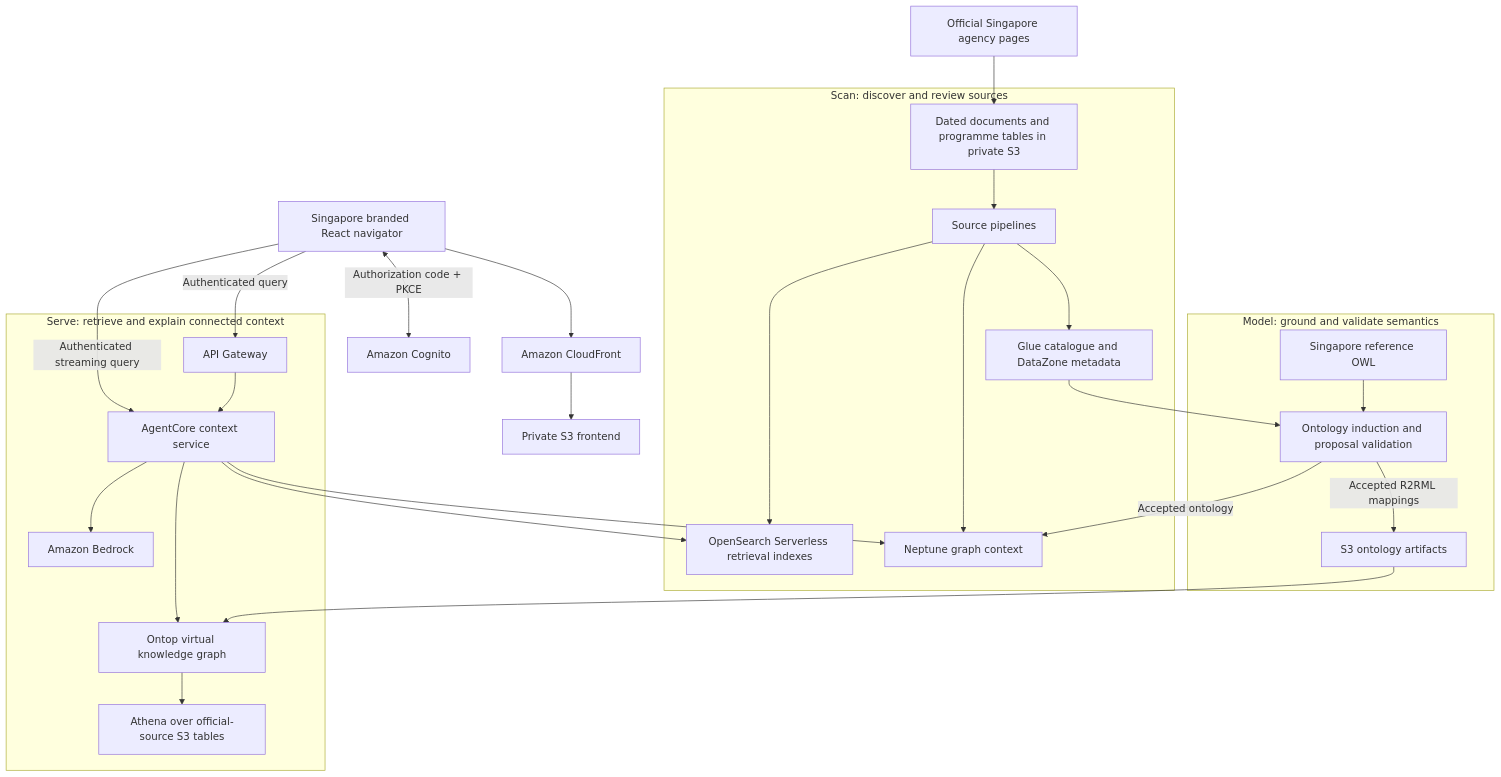
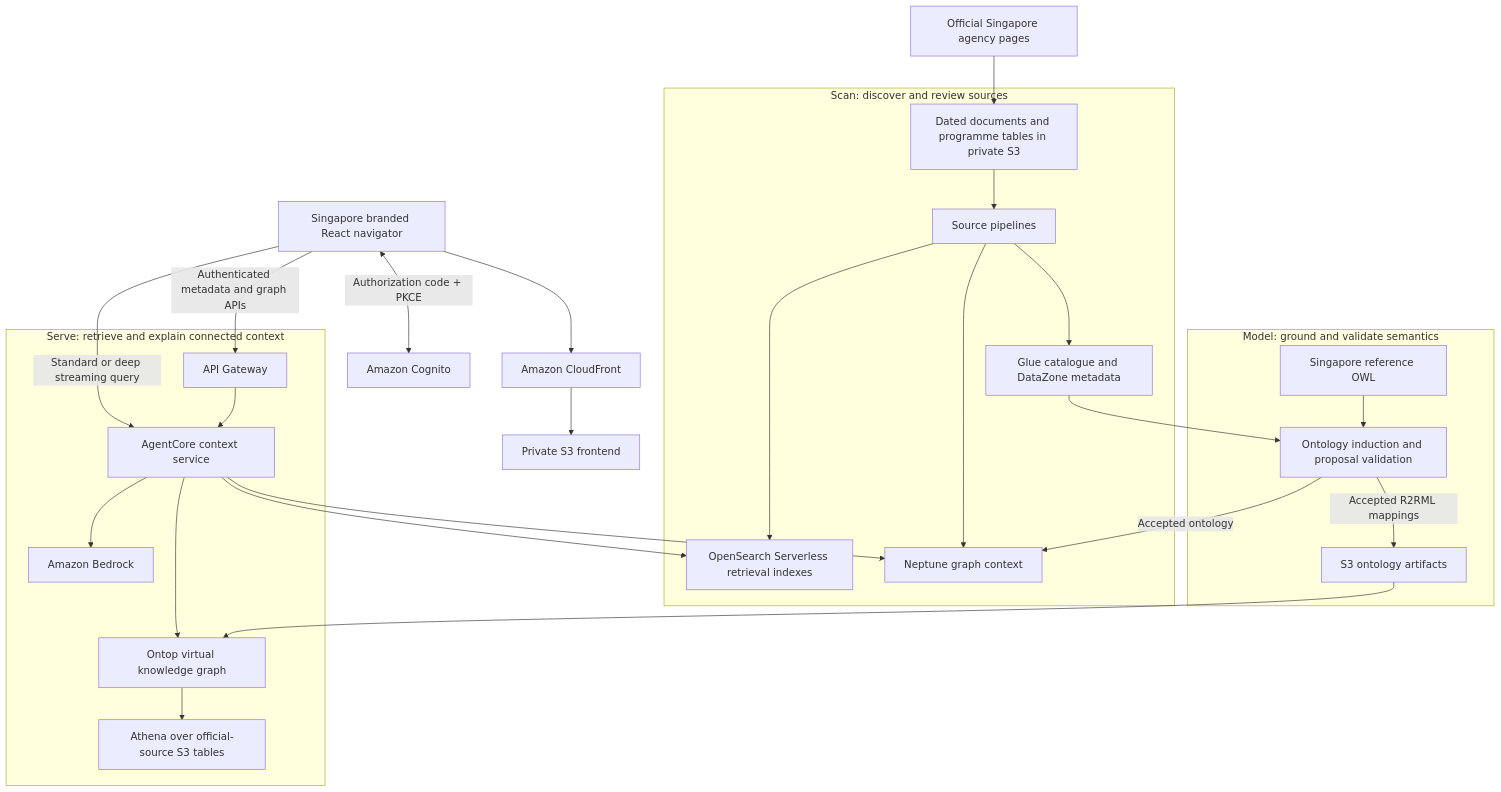
The diagram in README.md (VincentV89/singapore-ps-context), drawn with Mermaid before and after one commit. The commit also changed other lines of this file and 3 other files, not shown here.

````diff
--- a/README.md
+++ b/README.md
@@ -28,30 +30,30 @@
 ```mermaid
 flowchart TB
     Browser[Singapore branded React navigator] --> CF[Amazon CloudFront]
     CF --> Web[Private S3 frontend]
     Browser <-->|Authorization code + PKCE| Cognito[Amazon Cognito]
-    Browser -->|Authenticated query| API[API Gateway]
-    Browser -->|Authenticated streaming query| Serve
+    Browser -->|Authenticated metadata and graph APIs| API[API Gateway]
+    Browser -->|Standard or deep streaming query| Serve
     Official[Official Singapore agency pages] --> Snapshot[Dated documents and programme tables in private S3]
     subgraph Scan[Scan: discover and review sources]
         Snapshot --> Scanner[Source pipelines]
         Scanner --> Glue[Glue catalogue and DataZone metadata]
         Scanner --> Search[OpenSearch Serverless retrieval indexes]
         Scanner --> Neptune[Neptune graph context]
     end
     subgraph Model[Model: ground and validate semantics]
         Glue --> Induce[Ontology induction and proposal validation]
         OWL[Singapore reference OWL] --> Induce
         Induce -->|Accepted ontology| Neptune
         Induce -->|Accepted R2RML mappings| Mapping[S3 ontology artifacts]
     end
     subgraph Serving[Serve: retrieve and explain connected context]
         API --> Serve[AgentCore context service]
         Serve --> Neptune
         Serve --> Search
         Serve --> Ontop[Ontop virtual knowledge graph]
         Mapping --> Ontop
         Ontop --> Athena[Athena over official-source S3 tables]
         Serve --> Bedrock[Amazon Bedrock]
     end
 ```
````
